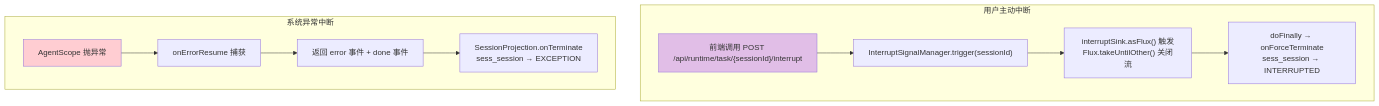
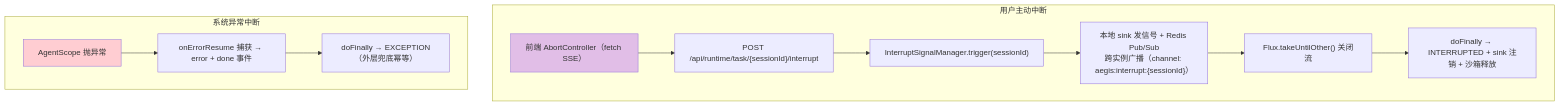
Before and after one commit to HarnessAgentStack/AegisAgent: diagram 11 of 11 in docs/runtime-execution-flow.md, drawn with Mermaid. The commit also changed other lines of this file and 1 other file, not shown here.

````diff
--- a/docs/runtime-execution-flow.md
+++ b/docs/runtime-execution-flow.md
@@ -563,17 +646,18 @@
 ```mermaid
 flowchart TD
     subgraph "用户主动中断"
-        A1["前端调用 POST /api/runtime/task/{sessionId}/interrupt"] --> A2["InterruptSignalManager.trigger(sessionId)"]
-        A2 --> A3["interruptSink.asFlux() 触发<br/>Flux.takeUntilOther() 关闭流"]
-        A3 --> A4["doFinally → onForceTerminate<br/>sess_session → INTERRUPTED"]
+        A1["前端 AbortController（fetch SSE）"] --> A2["POST /api/runtime/task/{sessionId}/interrupt"]
+        A2 --> A3["InterruptSignalManager.trigger(sessionId)"]
+        A3 --> A4["本地 sink 发信号 + Redis Pub/Sub<br/>跨实例广播（channel: aegis:interrupt:{sessionId}）"]
+        A4 --> A5["Flux.takeUntilOther() 关闭流"]
+        A5 --> A6["doFinally → INTERRUPTED + sink 注销 + 沙箱释放"]
     end
 
     subgraph "系统异常中断"
-        B1["AgentScope 抛异常"] --> B2["onErrorResume 捕获"]
-        B2 --> B3["返回 error 事件 + done 事件"]
-        B3 --> B4["SessionProjection.onTerminate<br/>sess_session → EXCEPTION"]
+        B1["AgentScope 抛异常"] --> B2["onErrorResume 捕获 → error + done 事件"]
+        B2 --> B3["doFinally → EXCEPTION（外层兜底幂等）"]
     end
 
     style A1 fill:#e1bee7
     style B1 fill:#ffcdd2
 ```
````
